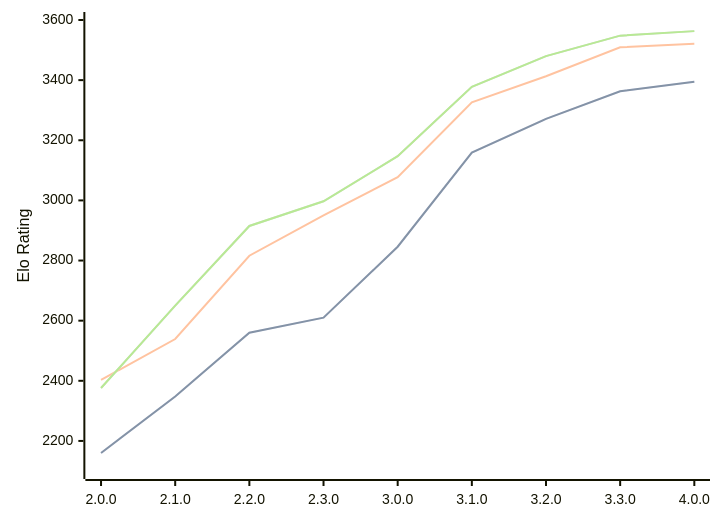
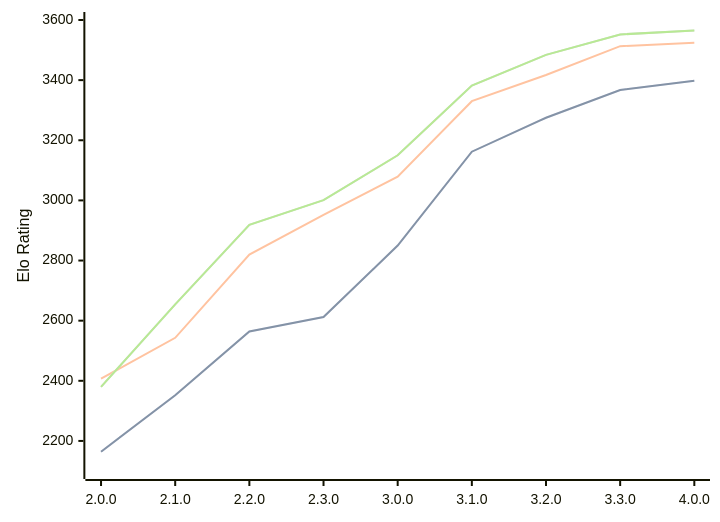
Before and after one commit to computer-chess-index/cci: the diagram in engines/Raphael.md, drawn with Mermaid. The commit also changed other lines of this file, not shown here.

Commit message:
Update CCI Ratings (ELO VLTC) - 2026-05-02

````diff
--- a/engines/Raphael.md
+++ b/engines/Raphael.md
@@ -51,11 +51,11 @@
 ```mermaid
 %%{init: {"theme":"base","themeVariables":{"seriesColors:['#a3a3a3','#222221','#faa371']}}}%%
 xychart-beta
   x-axis ["2.0.0", "2.1.0", "2.2.0", "2.3.0", "3.0.0", "3.1.0", "3.2.0", "3.3.0", "4.0.0"]
   y-axis "Elo Rating" 2100 --> 3600
-  line "STC (8.0+0.08s)" [2160, 2348, 2560, 2610, 2846, 3159, 3271, 3363, 3395]
-  line "STC (8.0+0.08s)" [2160, 2348, 2560, 2610, 2846, 3159, 3271, 3363, 3395]
-  line "LTC (60.0+0.60s)" [2403, 2539, 2816, 2950, 3077, 3326, 3413, 3509, 3521]
-  line "VLTC (2m24s+1.12s)" [2376, 2650, 2915, 2997, 3147, 3378, 3480, 3548, 3563]
-  line "VLTC (2m24s+1.12s)" [2376, 2650, 2915, 2997, 3147, 3378, 3480, 3548, 3563]
+  line "STC (8.0+0.08s)" [2164, 2352, 2564, 2612, 2850, 3162, 3275, 3367, 3398]
+  line "STC (8.0+0.08s)" [2164, 2352, 2564, 2612, 2850, 3162, 3275, 3367, 3398]
+  line "LTC (60.0+0.60s)" [2407, 2543, 2820, 2952, 3079, 3330, 3417, 3513, 3524]
+  line "VLTC (2m24s+1.12s)" [2380, 2654, 2919, 3001, 3150, 3382, 3484, 3552, 3565]
+  line "VLTC (2m24s+1.12s)" [2380, 2654, 2919, 3001, 3150, 3382, 3484, 3552, 3565]
 ```
````
